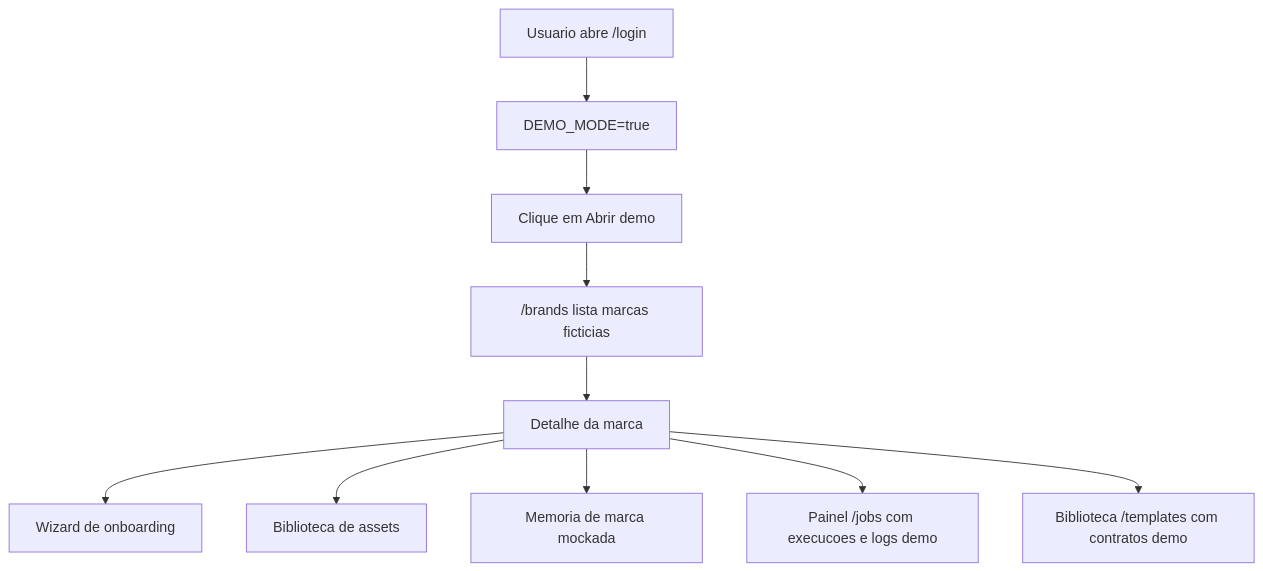
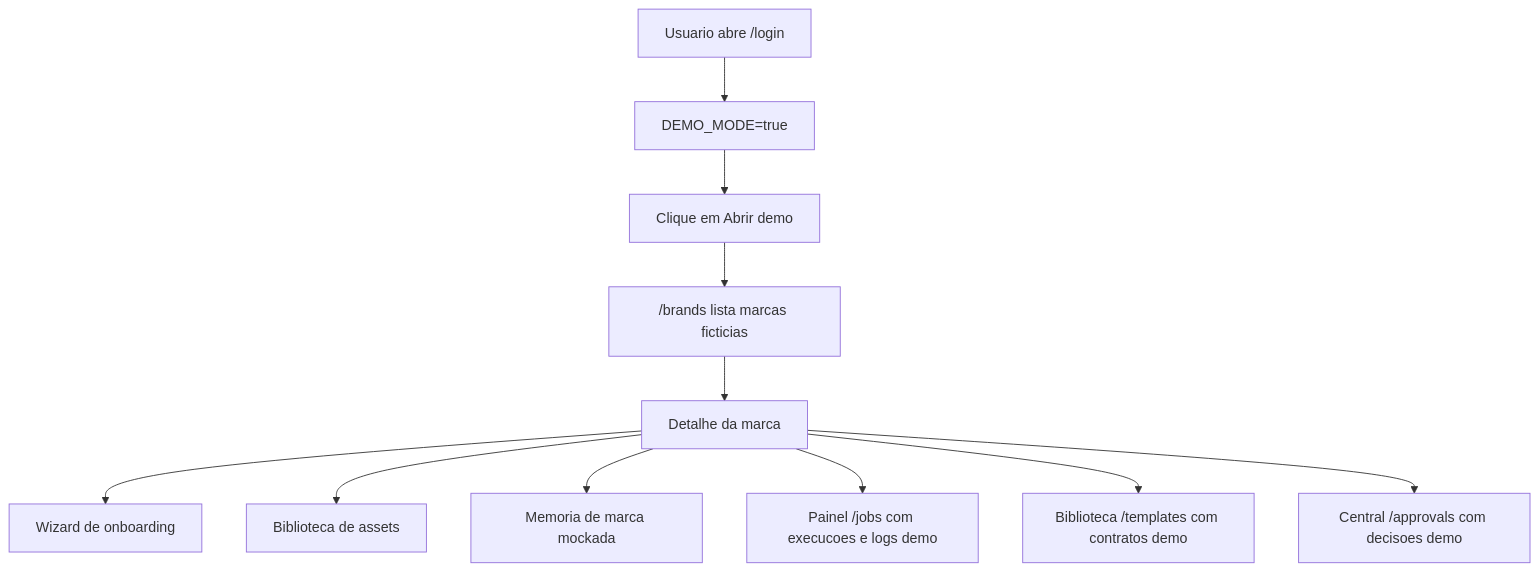
One commit to fabiohhsales/content-saas changed the first of 4 diagrams in docs/DIAGNOSTICO-ATUAL.md. Above: the diagram before and after it, drawn with Mermaid. The commit also changed other lines of this file and 4 other files, not shown here.

````diff
--- a/docs/DIAGNOSTICO-ATUAL.md
+++ b/docs/DIAGNOSTICO-ATUAL.md
@@ -223,12 +226,13 @@
 ```mermaid
 flowchart TD
   A["Usuario abre /login"] --> B["DEMO_MODE=true"]
   B --> C["Clique em Abrir demo"]
   C --> D["/brands lista marcas ficticias"]
   D --> E["Detalhe da marca"]
   E --> F["Wizard de onboarding"]
   E --> G["Biblioteca de assets"]
   E --> H["Memoria de marca mockada"]
   E --> I["Painel /jobs com execucoes e logs demo"]
   E --> J["Biblioteca /templates com contratos demo"]
+  E --> K["Central /approvals com decisoes demo"]
 ```
````
